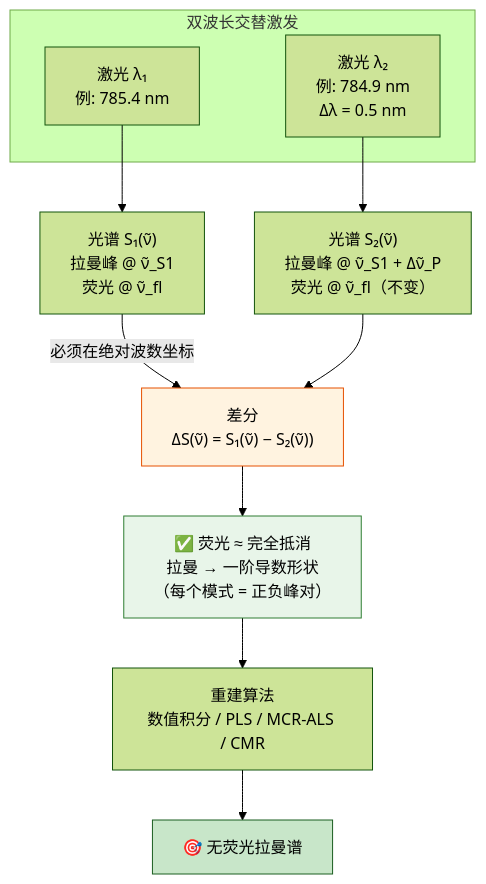
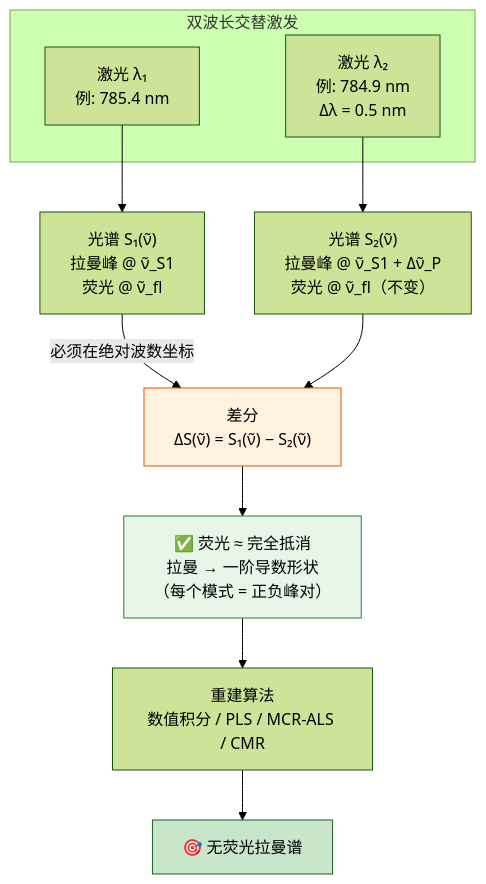
Before and after one commit to roxszi/skills: the first of 2 diagrams in skills/tech-brief-writer/SERDS/技术简报.md, drawn with Mermaid (forest theme). The commit also changed other lines of this file and 2 other files, not shown here.

````diff
--- a/skills/tech-brief-writer/SERDS/技术简报.md
+++ b/skills/tech-brief-writer/SERDS/技术简报.md
@@ -104,22 +108,22 @@
 ```mermaid
 flowchart TD
     subgraph 激发["双波长交替激发"]
         L1["激光 λ₁<br/>例: 785.4 nm"]
         L2["激光 λ₂<br/>例: 784.9 nm<br/>Δλ = 0.5 nm"]
     end
 
     L1 --> S1["光谱 S₁(ν̃)<br/>拉曼峰 @ ν̃_S1<br/>荧光 @ ν̃_fl"]
     L2 --> S2["光谱 S₂(ν̃)<br/>拉曼峰 @ ν̃_S1 + Δν̃_P<br/>荧光 @ ν̃_fl（不变）"]
 
-    S1 -->|"必须在绝对波数坐标"| Diff["差分<br/>ΔS(ν̃) = S₁(ν̃) − S₂(ν̃))"]
+    S1 -->|"必须在绝对波数坐标"| Diff["差分<br/>ΔS(ν̃) = S₁(ν̃) − S₂(ν̃)"]
     S2 --> Diff
 
     Diff --> Result["✅ 荧光 ≈ 完全抵消<br/>拉曼 → 一阶导数形状<br/>（每个模式 = 正负峰对）"]
 
     Result --> Recon["重建算法<br/>数值积分 / PLS / MCR-ALS / CMR"]
     Recon --> Final["🎯 无荧光拉曼谱"]
 
     style Diff fill:#fff3e0,stroke:#e65100
     style Result fill:#e8f5e9,stroke:#2e7d32
     style Final fill:#c8e6c9,stroke:#1b5e20
 ```
````
